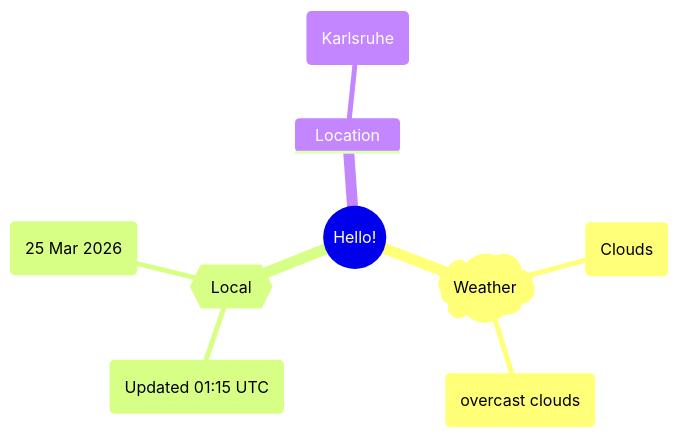
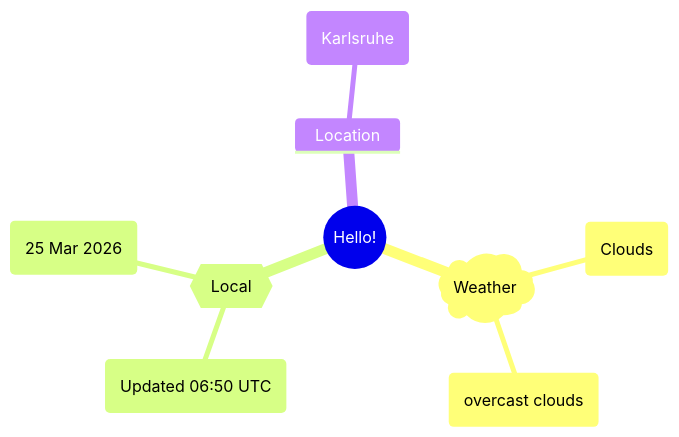
The first of 2 diagrams in README.md (Xosrov/Xosrov), drawn with Mermaid before and after one commit.

Commit message:
[bot] updated images

````diff
--- a/README.md
+++ b/README.md
@@ -3,12 +3,12 @@
 ```mermaid
 mindmap
   root((Hello!))
     )Weather(
         (Clouds)
         (overcast clouds)
     {{Local}}
-        (Updated 01:15 UTC)
+        (Updated 06:50 UTC)
         (25 Mar 2026)
     Location
         (Karlsruhe)
 ```
````
